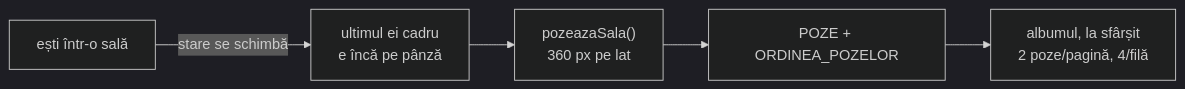
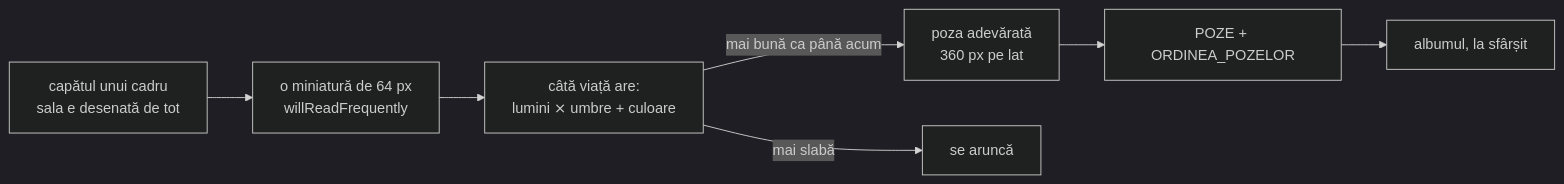
Before and after one commit to Whit3G9dNess/Viata-dintr-o-atingere: the ninth of 12 diagrams in ARCHITECTURE.md, drawn with Mermaid (dark theme). The commit also changed other lines of this file and 7 other files, not shown here.

````diff
--- a/ARCHITECTURE.md
+++ b/ARCHITECTURE.md
@@ -776,7 +775,9 @@
 ```mermaid
 flowchart LR
-  SALA["ești într-o sală"] -- "stare se schimbă" --> PRINDE["ultimul ei cadru<br/>e încă pe pânză"]
-  PRINDE --> POZA["pozeazaSala()<br/>360 px pe lat"]
+  CADRU["capătul unui cadru<br/>sala e desenată de tot"] --> MIC["o miniatură de 64 px<br/>willReadFrequently"]
+  MIC --> NOTA["câtă viață are:<br/>lumini ⨯ umbre + culoare"]
+  NOTA -- "mai bună ca până acum" --> POZA["poza adevărată<br/>360 px pe lat"]
+  NOTA -- "mai slabă" --> NIMIC["se aruncă"]
   POZA --> POZE["POZE + ORDINEA_POZELOR"]
-  POZE --> ALBUM["albumul, la sfârșit<br/>2 poze/pagină, 4/filă"]
+  POZE --> ALBUM["albumul, la sfârșit"]
 ```
````
